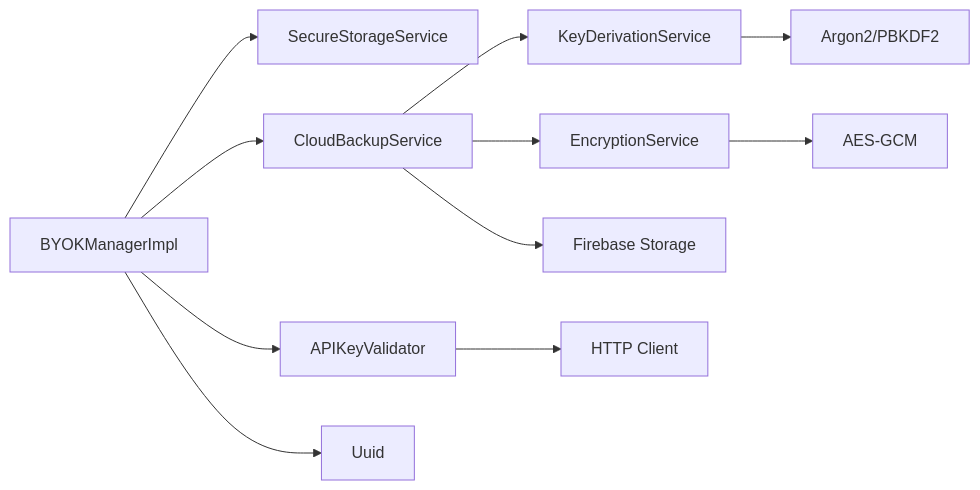
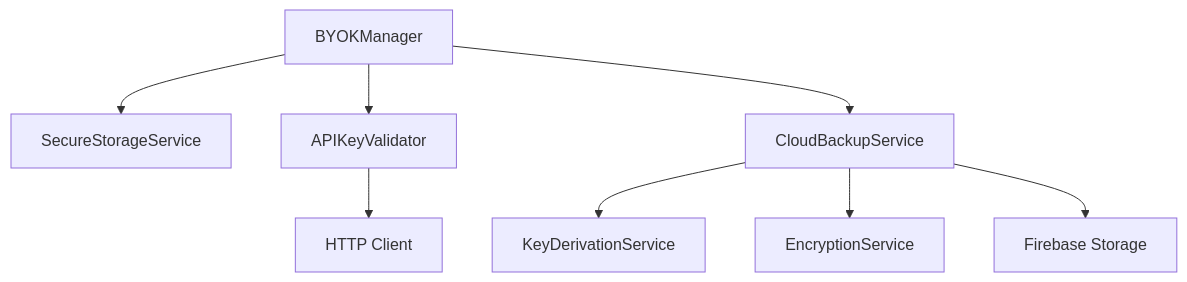
One commit to JAaron93/StyleSync changed diagram 13 of 13 in .qoder/repowiki/en/content/Core Services/BYOK Manager/BYOK Manager.md. Above: the diagram before and after it, drawn with Mermaid. The commit also changed other lines of this file and 36 other files, not shown here.

````diff
--- a/.qoder/repowiki/en/content/Core Services/BYOK Manager/BYOK Manager.md
+++ b/.qoder/repowiki/en/content/Core Services/BYOK Manager/BYOK Manager.md
@@ -444,13 +910,10 @@
 ```mermaid
-graph LR
-BYOK["BYOKManagerImpl"] --> S["SecureStorageService"]
-BYOK --> V["APIKeyValidator"]
-BYOK --> CBS["CloudBackupService"]
-BYOK --> U["Uuid"]
-CBS --> KDF["KeyDerivationService"]
-CBS --> ENC["EncryptionService"]
-CBS --> FS["Firebase Storage"]
-V --> HTTP["HTTP Client"]
-KDF --> ARG["Argon2/PBKDF2"]
-ENC --> AES["AES-GCM"]
+graph TB
+BYOK["BYOKManager"] --> Storage["SecureStorageService"]
+BYOK --> Validator["APIKeyValidator"]
+BYOK --> Backup["CloudBackupService"]
+Backup --> KDF["KeyDerivationService"]
+Backup --> Crypto["EncryptionService"]
+Backup --> Firebase["Firebase Storage"]
+Validator --> HTTP["HTTP Client"]
 ```
````
